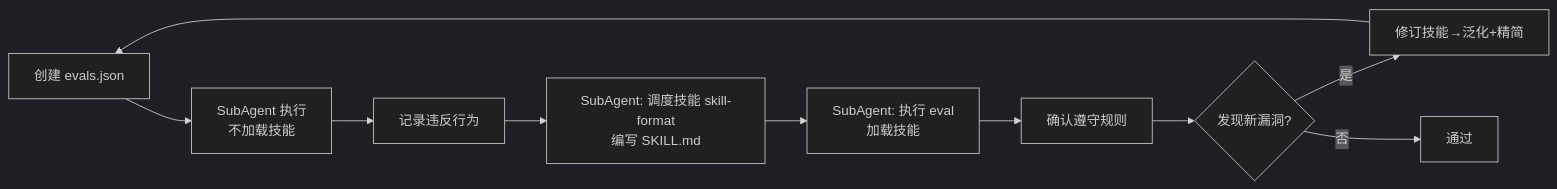
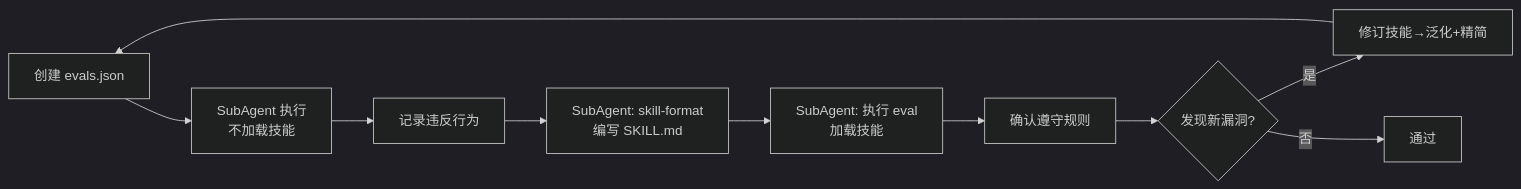
The third of 4 diagrams in skills/meta-skill/SKILL.md (Z-JaDe/meta-skill), drawn with Mermaid (dark theme) before and after one commit. The commit also changed other lines of this file and 1 other file, not shown here.

First line of the commit message:
优化 meta-skill 和 ai-doc-optimizer 文档

````diff
--- a/skills/meta-skill/SKILL.md
+++ b/skills/meta-skill/SKILL.md
@@ -135,12 +109,12 @@
 ```mermaid
 flowchart LR
     R1[创建 evals.json] --> R2[SubAgent 执行<br/>不加载技能]
     R2 --> R3[记录违反行为]
-    R3 --> G1[SubAgent: 调度技能 skill-format<br/>编写 SKILL.md]
+    R3 --> G1[SubAgent: skill-format<br/>编写 SKILL.md]
     G1 --> G2[SubAgent: 执行 eval<br/>加载技能]
     G2 --> G3[确认遵守规则]
     G3 --> RF{发现新漏洞?}
     RF -->|是| RF1[修订技能→泛化+精简]
     RF1 --> R1
     RF -->|否| Done[通过]
 ```
````
